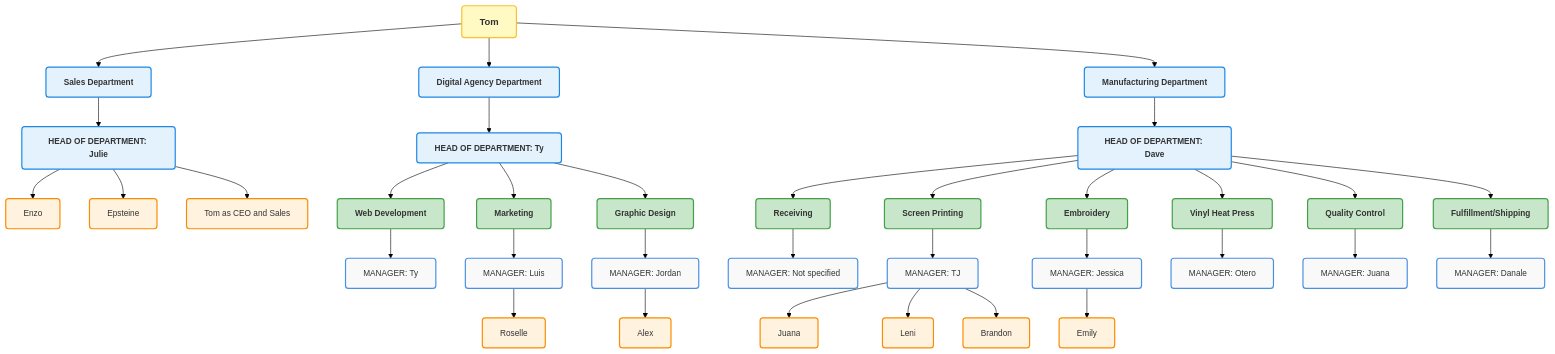
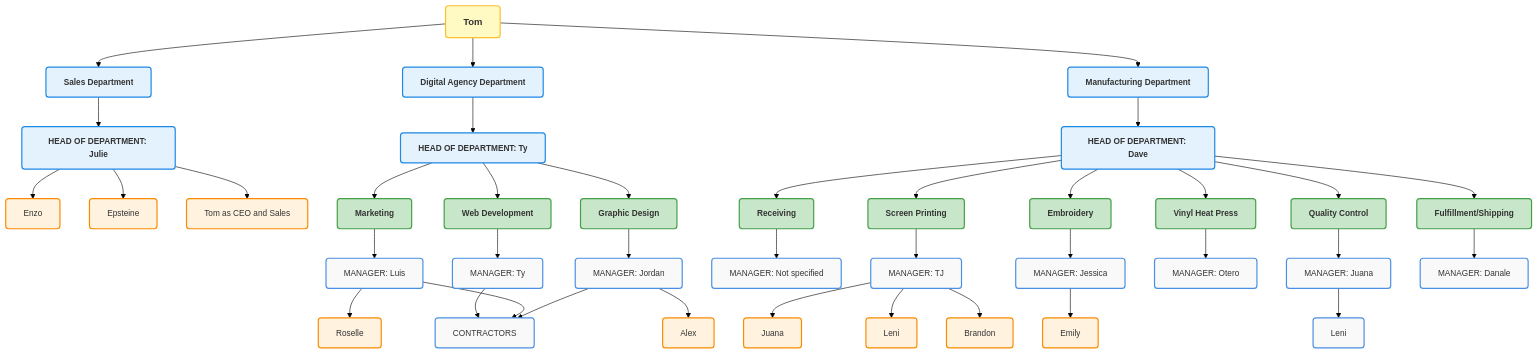
Before and after one commit to TyGrim13/4WinnerFlows: the first of 14 diagrams in README.md, drawn with Mermaid.

```diff
--- a/README.md
+++ b/README.md
@@ -89,7 +89,10 @@
     DigitalMgr --> GraphicDesign
     GraphicDesign --> GDSup
     GDSup --> Alex
+    GDSup --> CONTRACTORS
     MarkSup --> Roselle
+    MarkSup --> CONTRACTORS
+    WebSup --> CONTRACTORS
 
     class DigitalAgency,DigitalMgr manager
     class WebDev,Marketing,GraphicDesign supervisor
@@ -131,6 +134,7 @@
     QualityControl --> QCSup
     ManuMgr --> FulfillmentShipping
     FulfillmentShipping --> FulfillSup
+    QCSup --> Leni
 
     class Manufacturing,ManuMgr manager
     class Receiving,ScreenPrinting,Embroidery,VinylHeatPress,QualityControl,FulfillmentShipping supervisor
```
